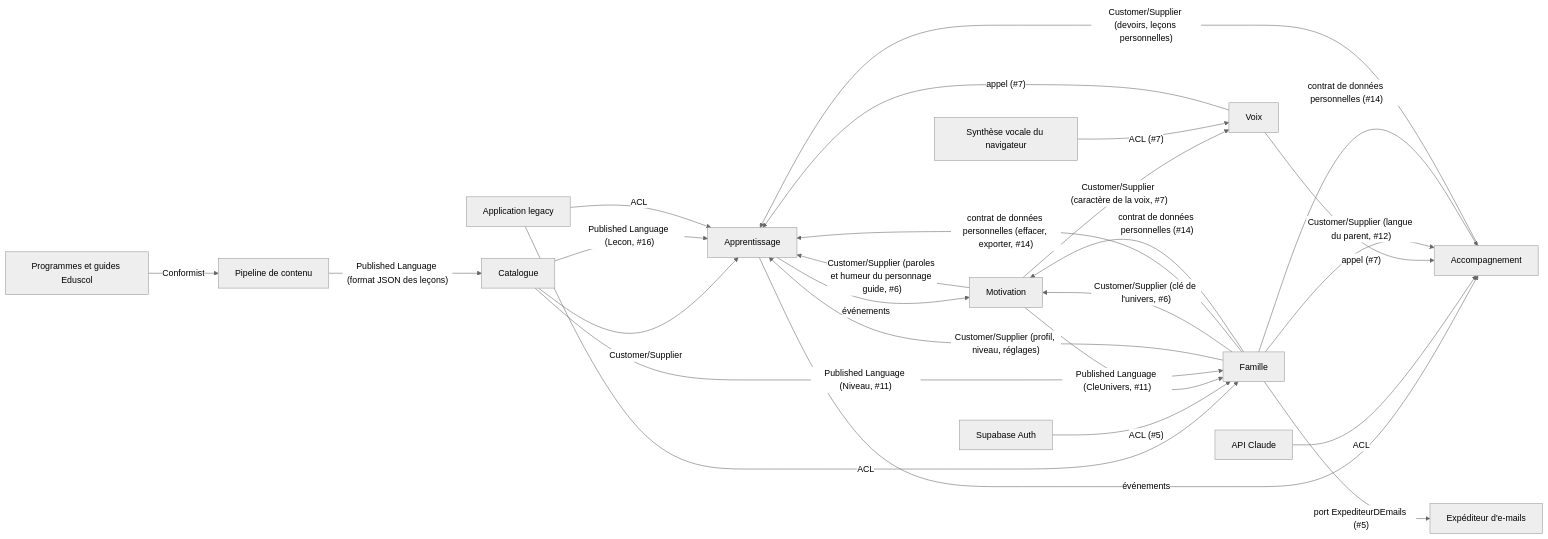
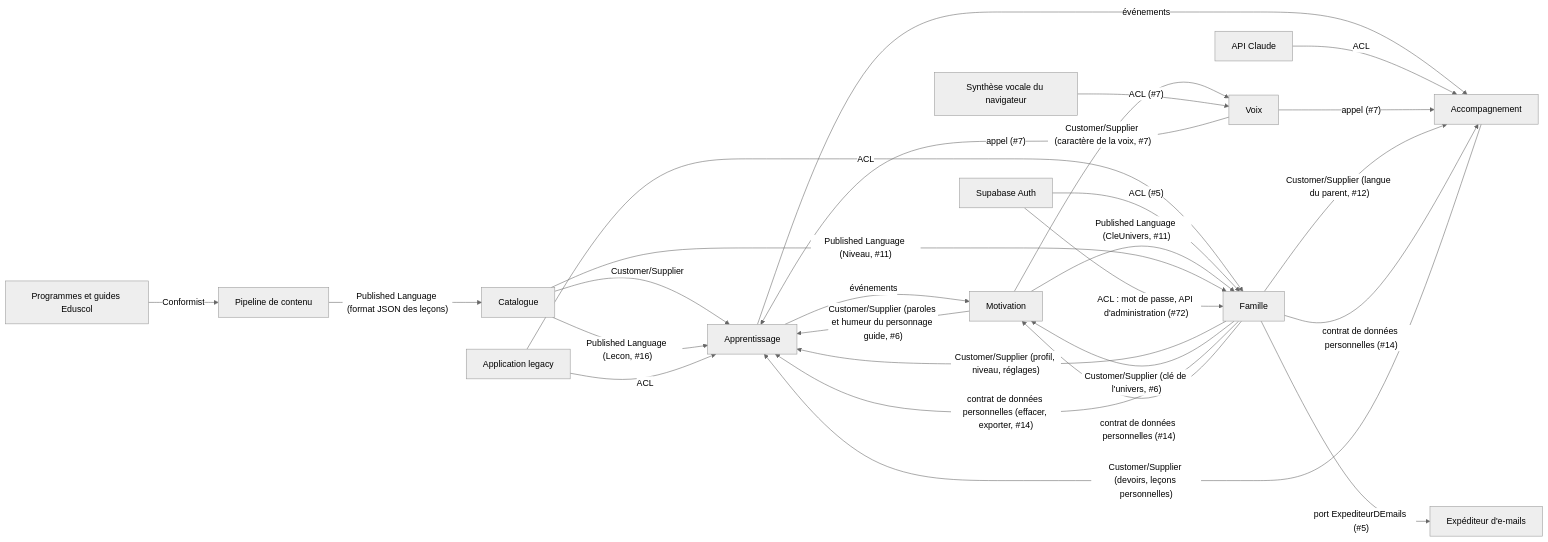
One commit to SBA-dev/github-move changed the diagram in docs/domain/context-map.md. Above: the diagram before and after it, drawn with Mermaid (neutral theme). The commit also changed other lines of this file and 5 other files, not shown here.

````diff
--- a/docs/domain/context-map.md
+++ b/docs/domain/context-map.md
@@ -37,28 +38,29 @@
 ```mermaid
 flowchart LR
   Eduscol[Programmes et guides Eduscol] -- "Conformist" --> Pipeline[Pipeline de contenu]
   Pipeline -- "Published Language (format JSON des leçons)" --> Catalogue
   Catalogue -- "Customer/Supplier" --> Apprentissage
   Catalogue -- "Published Language (Lecon, #16)" --> Apprentissage
   Famille -- "Customer/Supplier (profil, niveau, réglages)" --> Apprentissage
   Apprentissage -- "événements" --> Motivation
   Apprentissage -- "événements" --> Accompagnement
   Accompagnement -- "Customer/Supplier (devoirs, leçons personnelles)" --> Apprentissage
   Claude[API Claude] -- "ACL" --> Accompagnement
   Legacy[Application legacy] -- "ACL" --> Famille
   Legacy -- "ACL" --> Apprentissage
   Auth[Supabase Auth] -- "ACL (#5)" --> Famille
   Famille -- "port ExpediteurDEmails (#5)" --> Expediteur[Expéditeur d'e-mails]
   Famille -- "Customer/Supplier (clé de l'univers, #6)" --> Motivation
   Motivation -- "Customer/Supplier (paroles et humeur du personnage guide, #6)" --> Apprentissage
   Motivation -- "Customer/Supplier (caractère de la voix, #7)" --> Voix
   Synthese[Synthèse vocale du navigateur] -- "ACL (#7)" --> Voix
   Voix -- "appel (#7)" --> Apprentissage
   Voix -- "appel (#7)" --> Accompagnement
   Famille -- "Customer/Supplier (langue du parent, #12)" --> Accompagnement
   Famille -- "contrat de données personnelles (effacer, exporter, #14)" --> Apprentissage
   Famille -- "contrat de données personnelles (#14)" --> Motivation
   Famille -- "contrat de données personnelles (#14)" --> Accompagnement
   Motivation -- "Published Language (CleUnivers, #11)" --> Famille
   Catalogue -- "Published Language (Niveau, #11)" --> Famille
+  Auth -- "ACL : mot de passe, API d'administration (#72)" --> Famille
 ```
````
